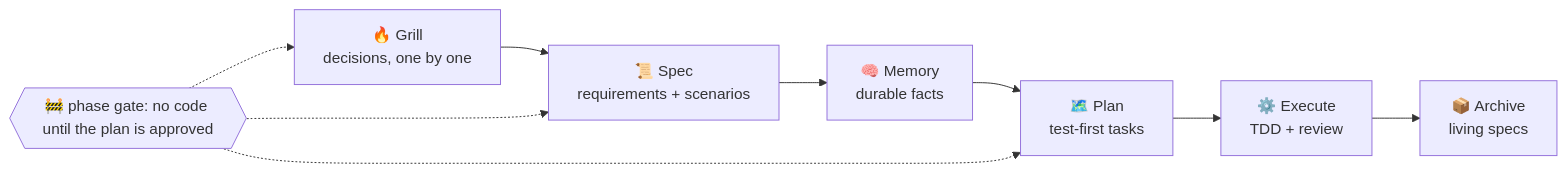
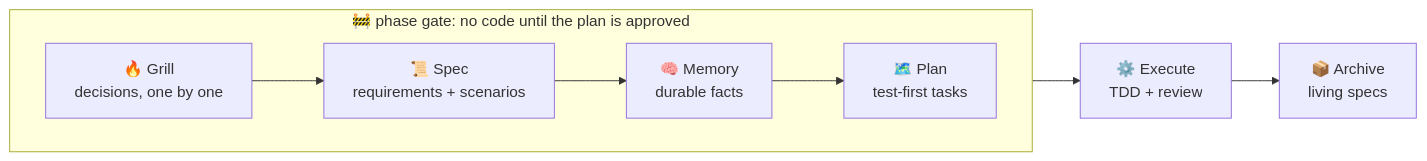
The diagram in README.md (forbxpg/grillspec), drawn with Mermaid before and after one commit. The commit also changed 1 other file, not shown here.

Commit message:
docs(readme): frame the gated phases in the pipeline diagram

````diff
--- a/README.md
+++ b/README.md
@@ -34,9 +34,11 @@
 ```mermaid
 flowchart LR
-    G["🔥 Grill<br/>decisions, one by one"] --> S["📜 Spec<br/>requirements + scenarios"]
-    S --> M["🧠 Memory<br/>durable facts"]
-    M --> P["🗺️ Plan<br/>test-first tasks"]
+    subgraph gated ["🚧 phase gate: no code until the plan is approved"]
+        direction LR
+        G["🔥 Grill<br/>decisions, one by one"] --> S["📜 Spec<br/>requirements + scenarios"]
+        S --> M["🧠 Memory<br/>durable facts"]
+        M --> P["🗺️ Plan<br/>test-first tasks"]
+    end
     P --> E["⚙️ Execute<br/>TDD + review"]
     E --> A["📦 Archive<br/>living specs"]
-    gate{{"🚧 phase gate: no code until the plan is approved"}} -.-> G & S & P
 ```
````
